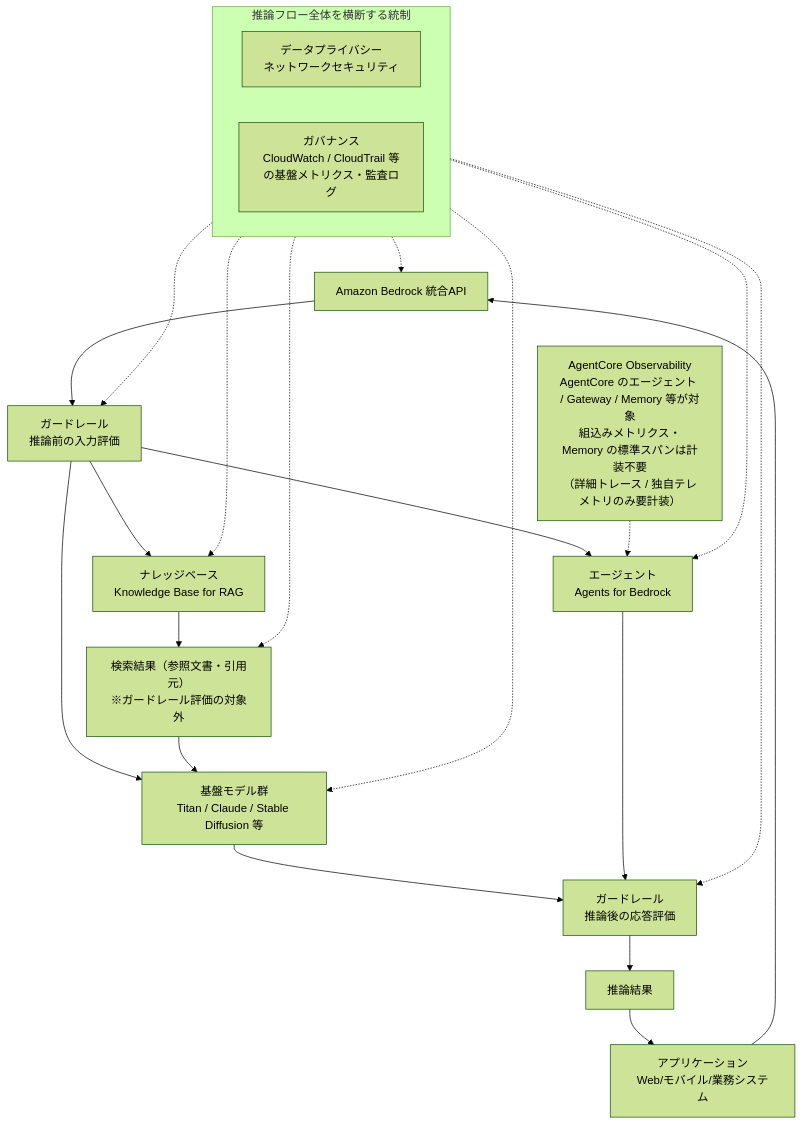
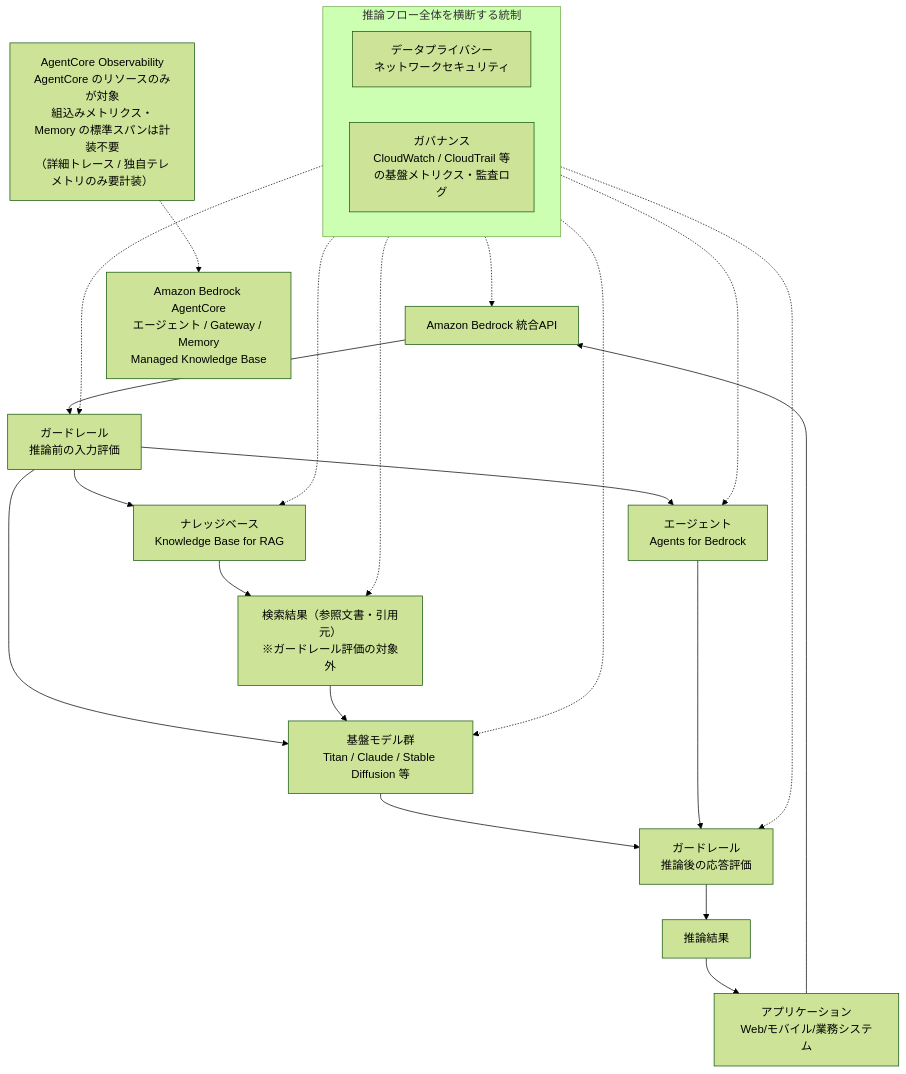
One commit to myoshi2891/Comparison-of-LLMs changed the ninth of 9 diagrams in Generative-ai-on-aws-guide.md. Above: the diagram before and after it, drawn with Mermaid (forest theme). The commit also changed other lines of this file, not shown here.

Commit message:
docs(generative-ai-aws): refine AgentCore Observability scope and update Bedrock architecture diagram

````diff
--- a/Generative-ai-on-aws-guide.md
+++ b/Generative-ai-on-aws-guide.md
@@ -409,27 +409,28 @@
 ```mermaid
 flowchart TB
     A["アプリケーション<br/>Web/モバイル/業務システム"] --> B["Amazon Bedrock 統合API"]
     B --> GI["ガードレール<br/>推論前の入力評価"]
     GI --> C["基盤モデル群<br/>Titan / Claude / Stable Diffusion 等"]
     GI --> D["ナレッジベース<br/>Knowledge Base for RAG"]
     GI --> E["エージェント<br/>Agents for Bedrock"]
     D --> DR["検索結果（参照文書・引用元）<br/>※ガードレール評価の対象外"]
     DR --> C
     C --> GO["ガードレール<br/>推論後の応答評価"]
     E --> GO
     GO --> G["推論結果"]
     G --> A
     subgraph X["推論フロー全体を横断する統制"]
         H["データプライバシー<br/>ネットワークセキュリティ"]
         I["ガバナンス<br/>CloudWatch / CloudTrail 等の基盤メトリクス・監査ログ"]
     end
     X -.-> B
     X -.-> GI
     X -.-> C
     X -.-> D
     X -.-> DR
     X -.-> E
     X -.-> GO
-    OBS["AgentCore Observability<br/>AgentCore のエージェント / Gateway / Memory 等が対象<br/>組込みメトリクス・Memory の標準スパンは計装不要<br/>（詳細トレース / 独自テレメトリのみ要計装）"]
-    OBS -.-> E
+    AC["Amazon Bedrock AgentCore<br/>エージェント / Gateway / Memory<br/>Managed Knowledge Base"]
+    OBS["AgentCore Observability<br/>AgentCore のリソースのみが対象<br/>組込みメトリクス・Memory の標準スパンは計装不要<br/>（詳細トレース / 独自テレメトリのみ要計装）"]
+    OBS -.-> AC
 ```
````
